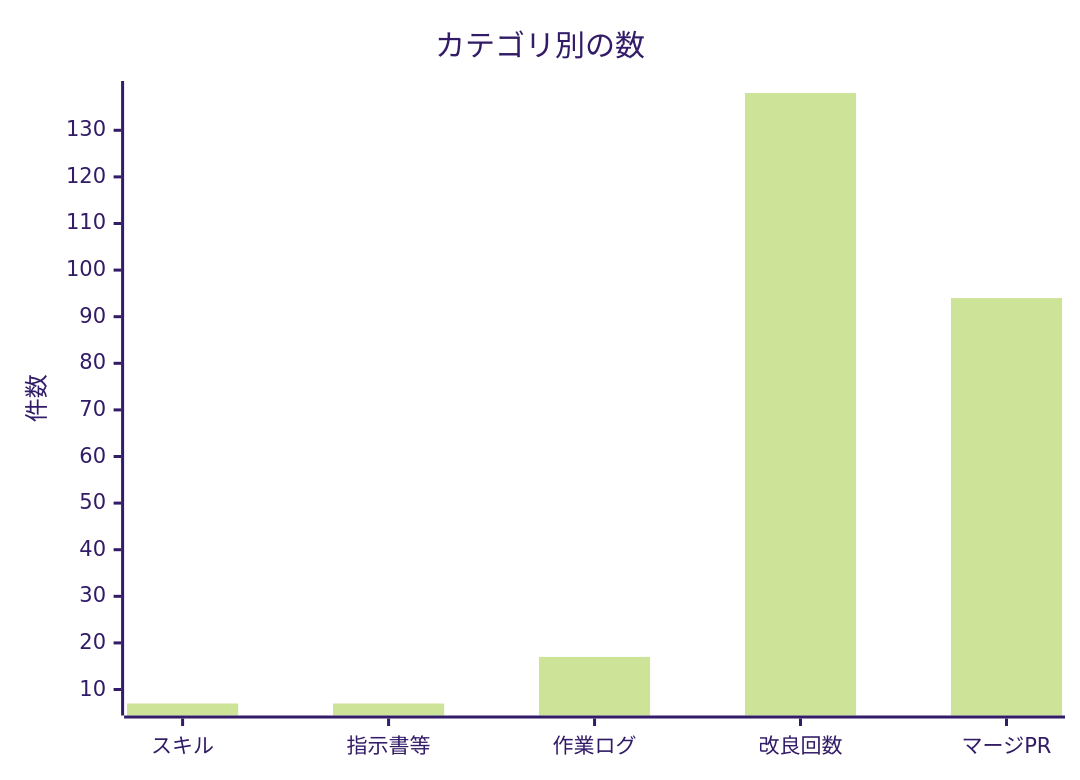
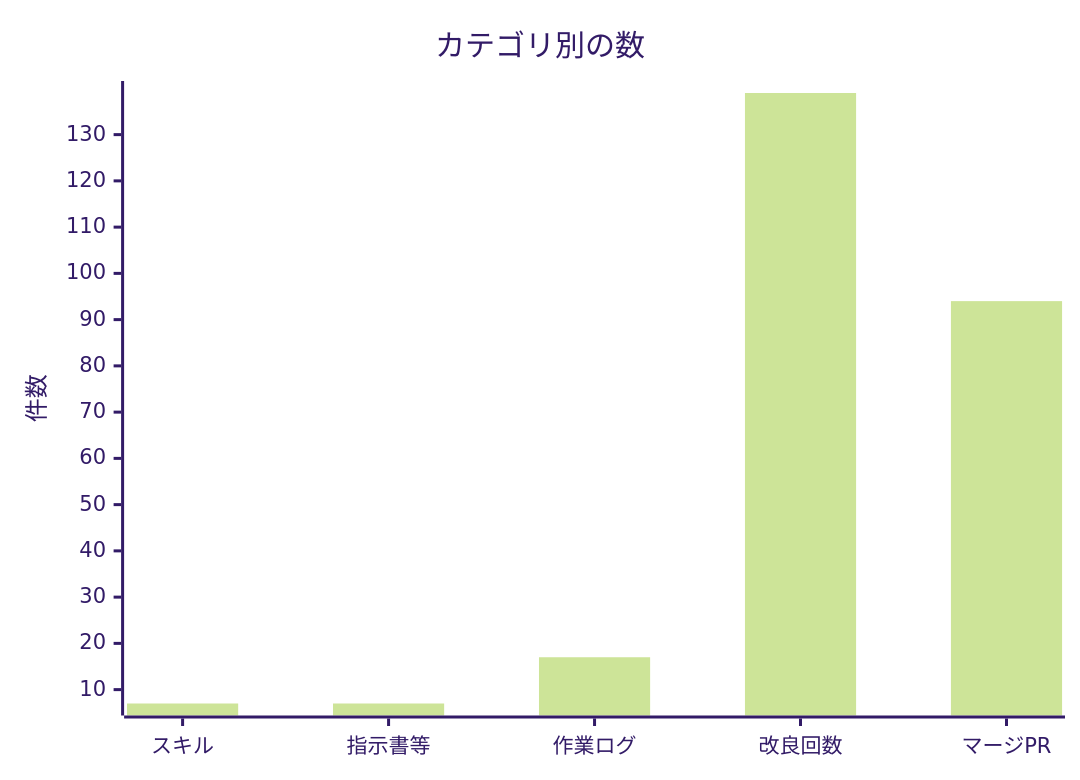
The second of 2 diagrams in docs/進化レポート.md (non-x2/non-x2), drawn with Mermaid (forest theme) before and after one commit. The commit also changed other lines of this file and 1 other file, not shown here.

````diff
--- a/docs/進化レポート.md
+++ b/docs/進化レポート.md
@@ -35,7 +35,7 @@
 ```mermaid
 xychart-beta
     title "カテゴリ別の数"
     x-axis ["スキル", "指示書等", "作業ログ", "改良回数", "マージPR"]
     y-axis "件数"
-    bar [7, 7, 17, 138, 94]
+    bar [7, 7, 17, 139, 94]
 ```
````
